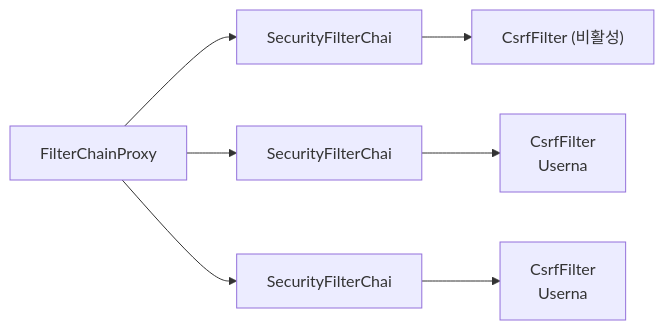
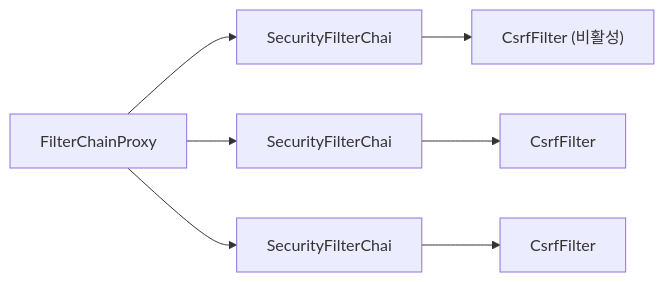
One commit to yjkim2015/yjkim2015.github.io changed the second of 2 diagrams in _posts/security/2021-05-22-필터 초기화와 다중 보안 설정.md. Above: the diagram before and after it, drawn with Mermaid. The commit also changed other lines of this file and 217 other files, not shown here.

First line of the commit message:
Mermaid 크기 수정: useMaxWidth:true + SVG max-width:100% + 라벨 축소

````diff
--- a/_posts/security/2021-05-22-필터 초기화와 다중 보안 설정.md
+++ b/_posts/security/2021-05-22-필터 초기화와 다중 보안 설정.md
@@ -122,9 +122,9 @@
 ```mermaid
 flowchart LR
     A["FilterChainProxy"] --> B["SecurityFilterChai"]
     A --> C["SecurityFilterChai"]
     A --> D["SecurityFilterChai"]
-    B --> E["CsrfFilter (비활성)\n"]
-    C --> F["CsrfFilter\nUserna"]
-    D --> G["CsrfFilter\nUserna"]
+    B --> E["CsrfFilter (비활성)"]
+    C --> F["CsrfFilter"]
+    D --> G["CsrfFilter"]
 ```
````
